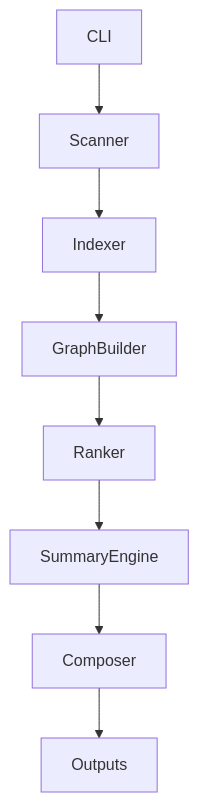
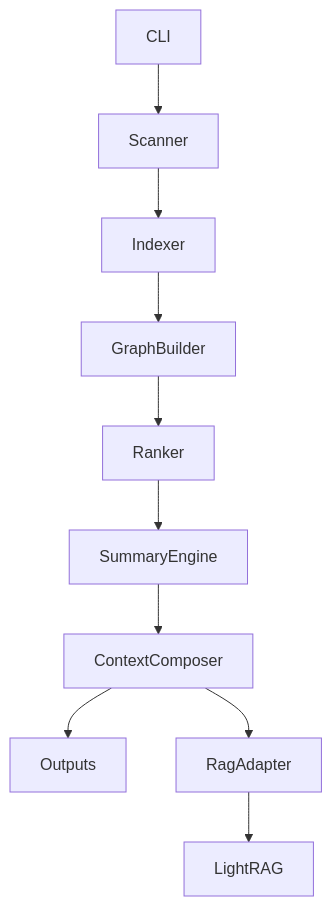
One commit to whut09/Code-Agent-plusplus changed the diagram in docs/architecture.md. Above: the diagram before and after it, drawn with Mermaid. The commit also changed other lines of this file and 36 other files, not shown here.

Commit message:
Add LightRAG export and reporting

````diff
--- a/docs/architecture.md
+++ b/docs/architecture.md
@@ -5,10 +5,12 @@
 ```mermaid
 graph TD
   CLI --> Scanner
   Scanner --> Indexer
   Indexer --> GraphBuilder
 GraphBuilder --> Ranker
 Ranker --> SummaryEngine
-SummaryEngine --> Composer
-Composer --> Outputs
+SummaryEngine --> ContextComposer
+ContextComposer --> Outputs
+ContextComposer --> RagAdapter
+RagAdapter --> LightRAG
 ```
````
